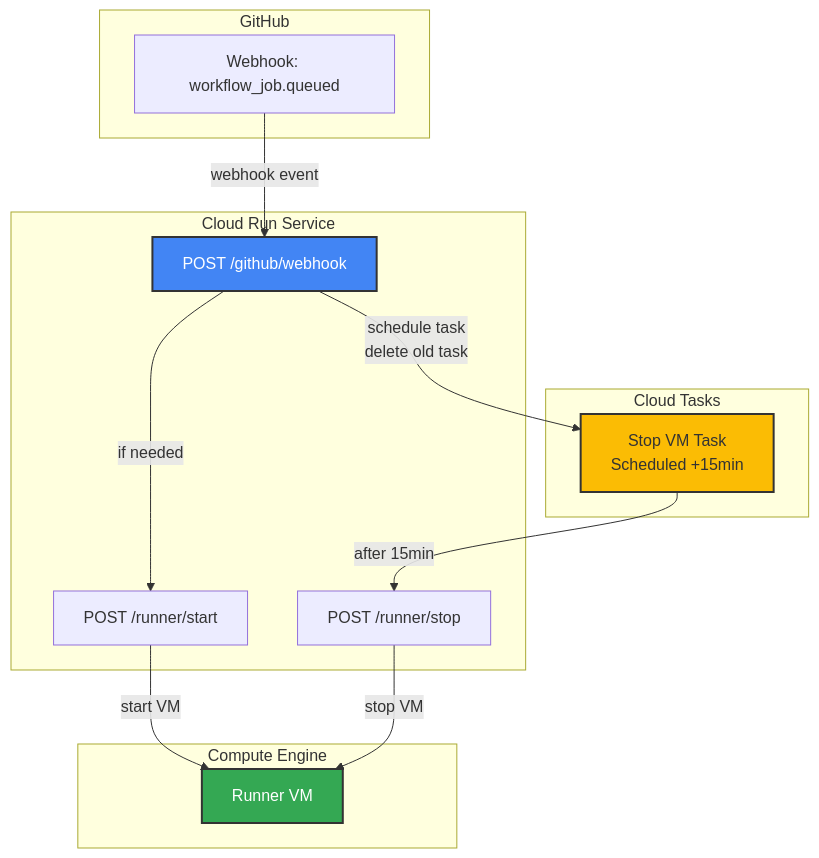
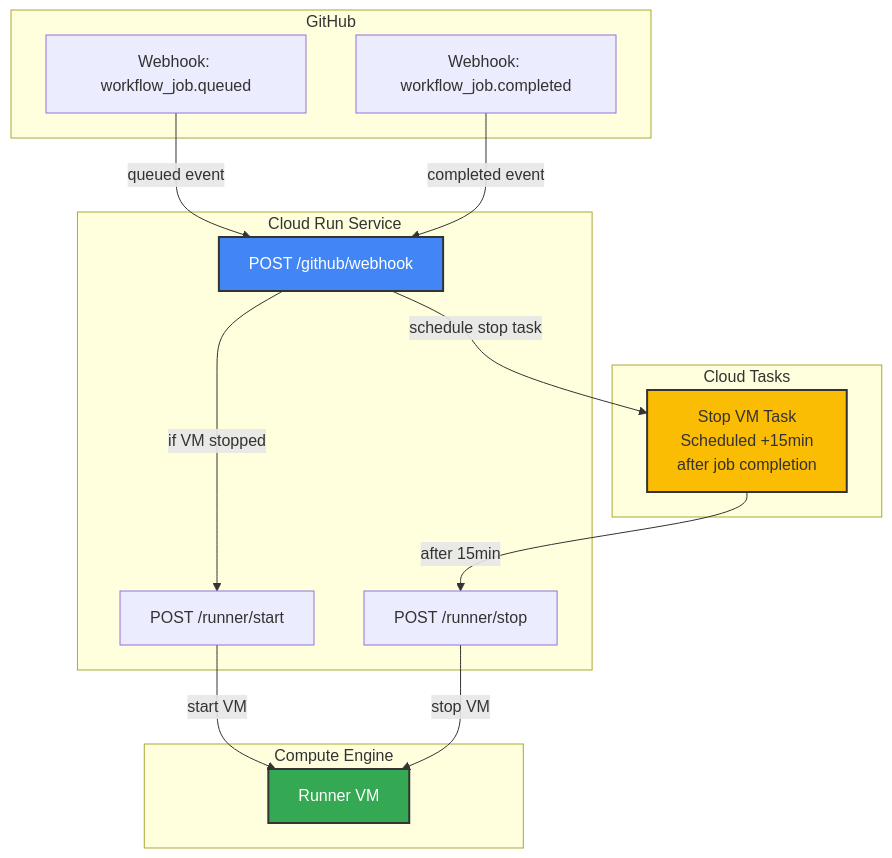
The first of 2 diagrams in app/runner-manager/README.md (nakamasato/gha-vm-self-hosted-runner), drawn with Mermaid before and after one commit. The commit also changed other lines of this file and 1 other file, not shown here.

First line of the commit message:
Schedule stop task on job completion instead of queued

````diff
--- a/app/runner-manager/README.md
+++ b/app/runner-manager/README.md
@@ -14,31 +15,33 @@
 ```mermaid
 graph TB
     subgraph GitHub
-        WH[Webhook: workflow_job.queued]
+        WH1[Webhook: workflow_job.queued]
+        WH2[Webhook: workflow_job.completed]
     end
 
     subgraph "Cloud Run Service"
         EP1[POST /github/webhook]
         EP2[POST /runner/start]
         EP3[POST /runner/stop]
     end
 
     subgraph "Cloud Tasks"
-        CT[Stop VM Task<br/>Scheduled +15min]
+        CT[Stop VM Task<br/>Scheduled +15min<br/>after job completion]
     end
 
     subgraph "Compute Engine"
         VM[Runner VM]
     end
 
-    WH -->|webhook event| EP1
-    EP1 -->|if needed| EP2
-    EP1 -->|schedule task<br/>delete old task| CT
+    WH1 -->|queued event| EP1
+    WH2 -->|completed event| EP1
+    EP1 -->|if VM stopped| EP2
+    EP1 -->|schedule stop task| CT
     EP2 -->|start VM| VM
     CT -->|after 15min| EP3
     EP3 -->|stop VM| VM
 
     style EP1 fill:#4285f4,stroke:#333,stroke-width:2px,color:#fff
     style VM fill:#34a853,stroke:#333,stroke-width:2px,color:#fff
     style CT fill:#fbbc04,stroke:#333,stroke-width:2px
 ```
````
